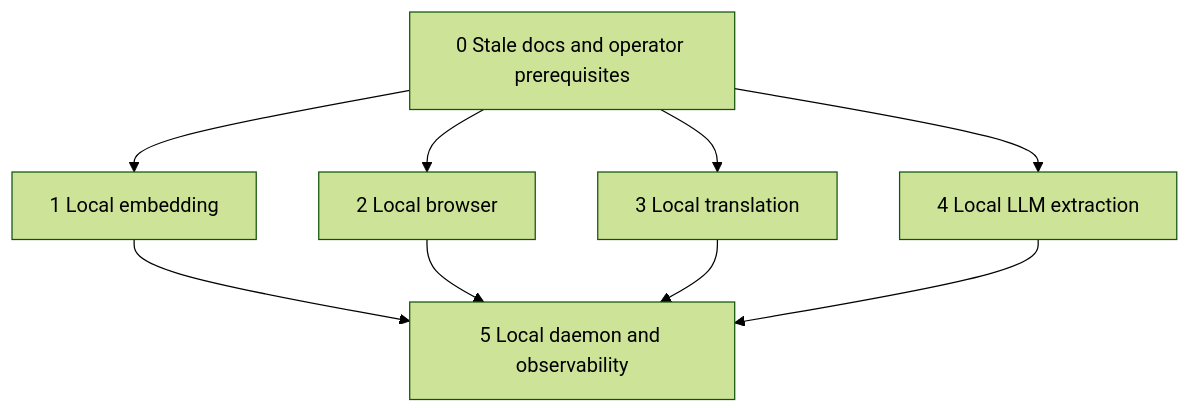
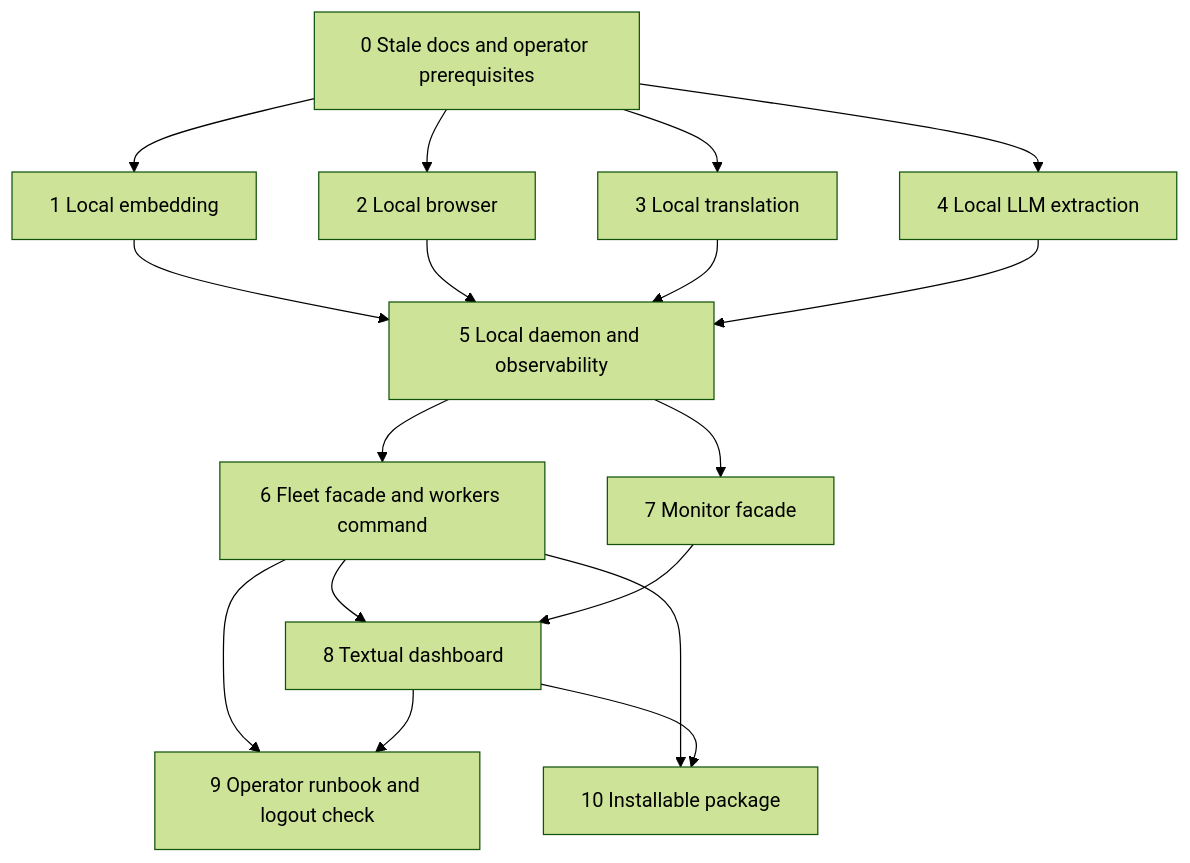
The diagram in .plans/local-queue-drain/01-rollout.md (vadim-schultz/redtape), drawn with Mermaid (forest theme) before and after one commit. The commit also changed other lines of this file and 10 other files, not shown here.

````diff
--- a/.plans/local-queue-drain/01-rollout.md
+++ b/.plans/local-queue-drain/01-rollout.md
@@ -28,11 +30,19 @@
 ```mermaid
 flowchart TD
   C0[0 Stale docs and operator prerequisites] --> C1[1 Local embedding]
   C0 --> C2[2 Local browser]
   C0 --> C3[3 Local translation]
   C0 --> C4[4 Local LLM extraction]
   C1 --> C5[5 Local daemon and observability]
   C2 --> C5
   C3 --> C5
   C4 --> C5
+  C5 --> C6[6 Fleet facade and workers command]
+  C5 --> C7[7 Monitor facade]
+  C6 --> C8[8 Textual dashboard]
+  C7 --> C8
+  C6 --> C9[9 Operator runbook and logout check]
+  C8 --> C9
+  C6 --> C10[10 Installable package]
+  C8 --> C10
 ```
````
